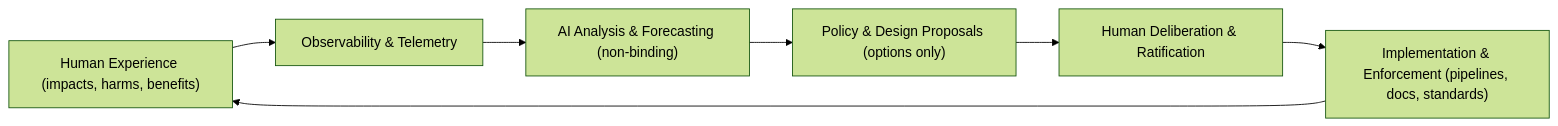
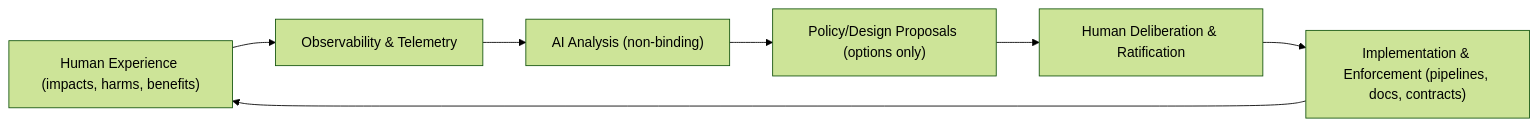
One commit to bartytime4life/Kansas-Frontier-Matrix changed the second of 4 diagrams in docs/standards/ai-law-coevolution.md. Above: the diagram before and after it, drawn with Mermaid (forest theme). The commit also changed other lines of this file, not shown here.

````diff
--- a/docs/standards/ai-law-coevolution.md
+++ b/docs/standards/ai-law-coevolution.md
@@ -303,9 +381,9 @@
 ```mermaid
 flowchart LR
     H["Human Experience (impacts, harms, benefits)"] --> O["Observability & Telemetry"]
-    O --> A["AI Analysis & Forecasting (non-binding)"]
-    A --> P["Policy & Design Proposals (options only)"]
+    O --> A["AI Analysis (non-binding)"]
+    A --> P["Policy/Design Proposals (options only)"]
     P --> R["Human Deliberation & Ratification"]
-    R --> I["Implementation & Enforcement (pipelines, docs, standards)"]
+    R --> I["Implementation & Enforcement (pipelines, docs, contracts)"]
     I --> H
 ```
````
